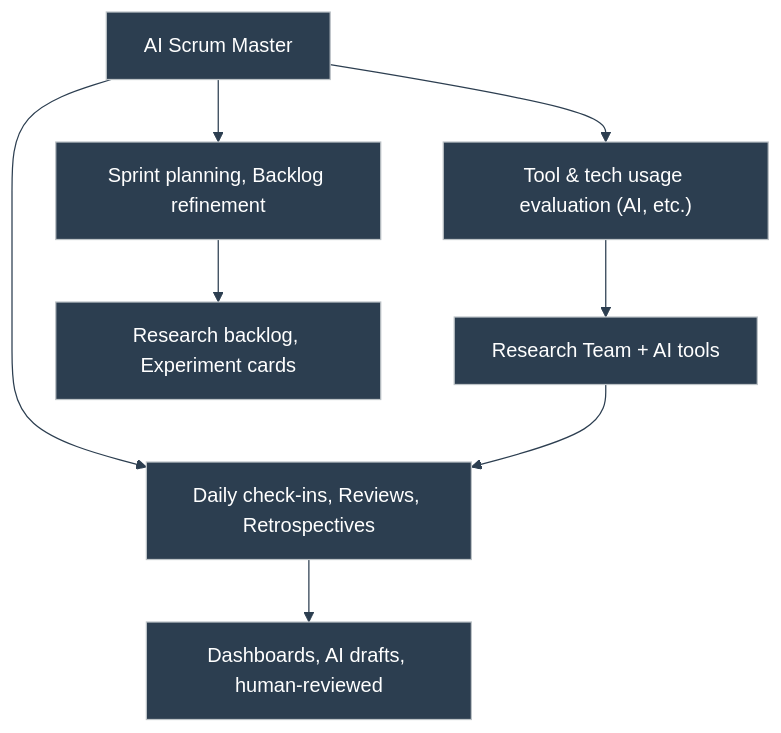
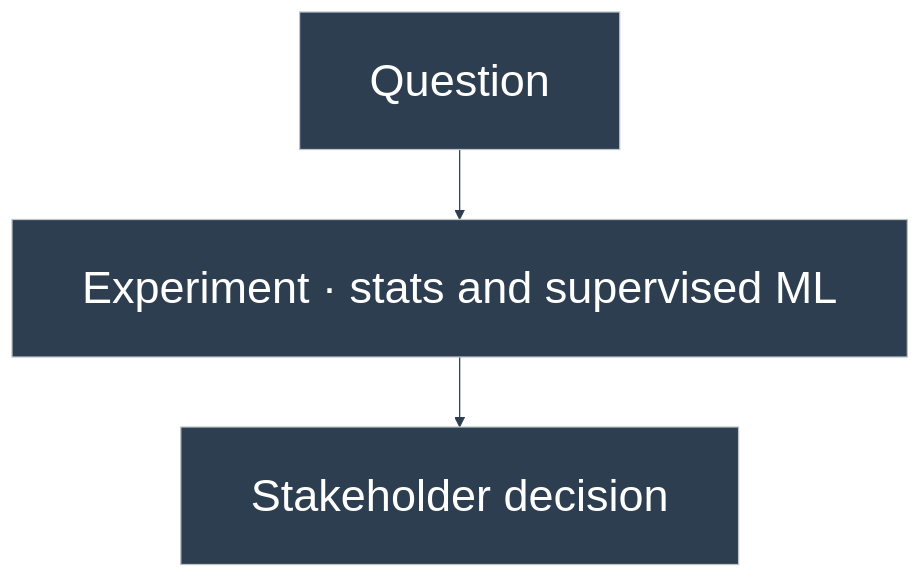
Diagram 11 of 15 in portfolio/mermaid/diagrams.md (duducm2/my-personal-repo), drawn with Mermaid before and after one commit. The commit also changed other lines of this file and 47 other files, not shown here.

````diff
--- a/portfolio/mermaid/diagrams.md
+++ b/portfolio/mermaid/diagrams.md
@@ -203,18 +221,8 @@
 ```mermaid
-%%{init: {'theme': 'base', 'themeVariables': { 'primaryColor': '#2c3e50', 'primaryTextColor': '#fff', 'primaryBorderColor': '#bdc3c7', 'lineColor': '#2c3e50', 'fontFamily': 'Lato', 'subgraphBg': 'transparent', 'subgraphBorder': '#bdc3c7'}}}%%
-flowchart TD
-  RSM["AI Scrum Master"]
-  RT["Research Team + AI tools"]
-  C1["Sprint planning, Backlog refinement"]
-  C2["Daily check-ins, Reviews, Retrospectives"]
-  C3["Tool & tech usage evaluation (AI, etc.)"]
-  A1["Research backlog, Experiment cards"]
-  A2["Dashboards, AI drafts, human-reviewed"]
-  RSM --> C1
-  RSM --> C2
-  RSM --> C3
-  C3 --> RT
-  RT --> C2
-  C1 --> A1
-  C2 --> A2
+%%{init: {'theme': 'base', 'themeVariables': { 'primaryColor': '#2c3e50', 'primaryTextColor': '#fff', 'primaryBorderColor': '#bdc3c7', 'lineColor': '#2c3e50', 'fontFamily': 'Lato', 'fontSize': '36px'}, 'flowchart': {'padding': 28, 'rankSpacing': 56, 'wrappingWidth': 900}}}%%
+flowchart TB
+  Q["Question"]
+  E["Experiment · stats and supervised ML"]
+  D["Stakeholder decision"]
+  Q --> E --> D
 ```
````
